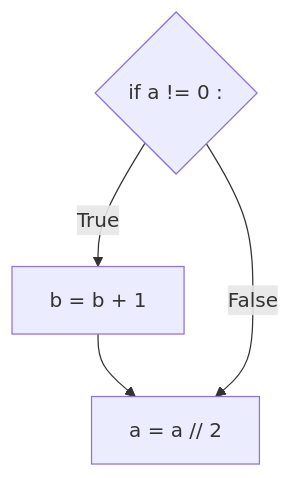
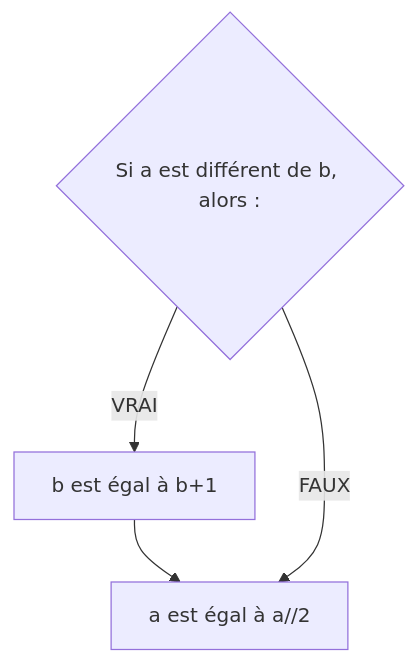
One commit to boddaert/nsi changed the third of 10 diagrams in première/Langages_et_programmation/Constructions_élémentaires/Instructions_conditionnelles.md. Above: the diagram before and after it, drawn with Mermaid. The commit also changed other lines of this file, not shown here.

````diff
--- a/première/Langages_et_programmation/Constructions_élémentaires/Instructions_conditionnelles.md
+++ b/première/Langages_et_programmation/Constructions_élémentaires/Instructions_conditionnelles.md
@@ -95,7 +95,7 @@
 ```mermaid
   graph TB;
-      A{if a != 0 :};
-      A--True-->B[b = b + 1];
-      B-->C[a = a // 2];
-      A--False-->C[a = a // 2];
+      A{Si a est différent de b, alors :};
+      A--VRAI-->B[b est égal à b+1];
+      B-->C[a est égal à a//2];
+      A--FAUX-->C[a est égal à a//2];
 ```
````
